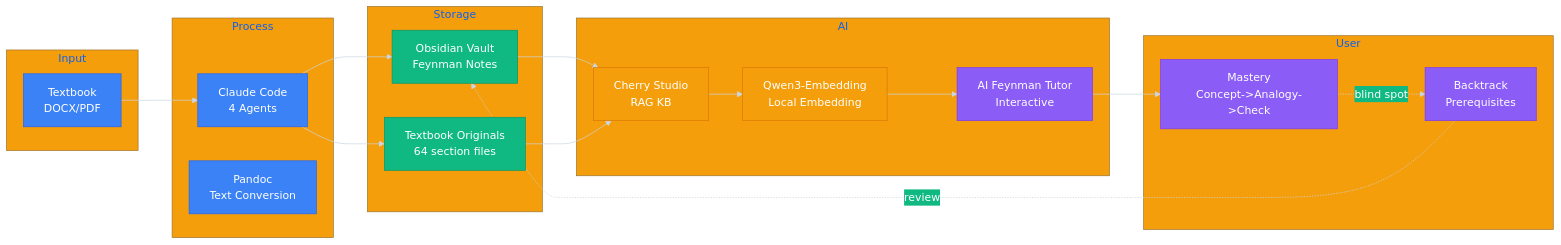
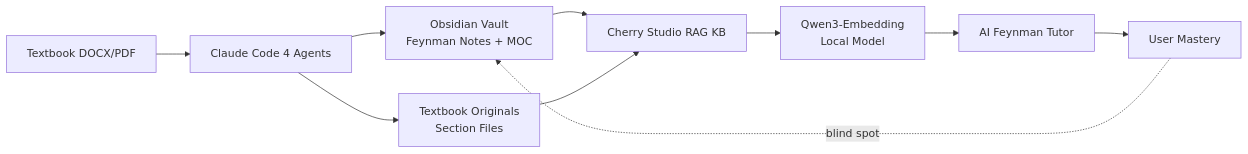
One commit to 3229218431/FeynFlow changed the second of 8 diagrams in README.md. Above: the diagram before and after it, drawn with Mermaid. The commit also changed other lines of this file, not shown here.

Commit message:
Simplify all chart colors: remove init styling, remove classDef, remove subgraphs, remove color legend. Clean readable default Mermaid themes.

````diff
--- a/README.md
+++ b/README.md
@@ -62,40 +60,12 @@
 ```mermaid
-%%{init: {'theme':'base','themeVariables': {'primaryColor': '#3B82F6','primaryTextColor': '#fff','lineColor': '#CBD5E1','secondaryColor': '#10B981','tertiaryColor': '#F59E0B'}}}%%
 flowchart LR
-    subgraph Input
-        A1[Textbook<br>DOCX/PDF]:::tool
-    end
-    subgraph Process
-        B1[Claude Code<br>4 Agents]:::tool
-        B2[Pandoc<br>Text Conversion]:::tool
-    end
-    subgraph Storage
-        C1[Obsidian Vault<br>Feynman Notes]:::content
-        C2[Textbook Originals<br>64 section files]:::content
-    end
-    subgraph AI
-        D1[Cherry Studio<br>RAG KB]:::ai
-        D2[Qwen3-Embedding<br>Local Embedding]:::ai
-        D3[AI Feynman Tutor<br>Interactive]:::learn
-    end
-    subgraph User
-        E1[Mastery<br>Concept->Analogy->Check]:::learn
-        E2[Backtrack<br>Prerequisites]:::learn
-    end
-    
-    A1 --> B1
-    B1 --> C1
-    B1 --> C2
-    C1 --> D1
-    C2 --> D1
-    D1 --> D2
-    D2 --> D3
-    D3 --> E1
-    E1 -.->|blind spot| E2
-    E2 -.->|review| C1
-    
-    classDef tool fill:#3B82F6,stroke:#2563EB,color:#fff
-    classDef content fill:#10B981,stroke:#059669,color:#fff
-    classDef ai fill:#F59E0B,stroke:#D97706,color:#fff
-    classDef learn fill:#8B5CF6,stroke:#7C3AED,color:#fff
+    A[Textbook DOCX/PDF] --> B[Claude Code 4 Agents]
+    B --> C[Obsidian Vault<br>Feynman Notes + MOC]
+    B --> D[Textbook Originals<br>Section Files]
+    C --> E[Cherry Studio RAG KB]
+    D --> E
+    E --> F[Qwen3-Embedding<br>Local Model]
+    F --> G[AI Feynman Tutor]
+    G --> H[User Mastery]
+    H -.->|blind spot| C
 ```
````
